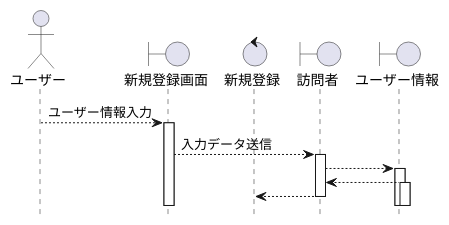
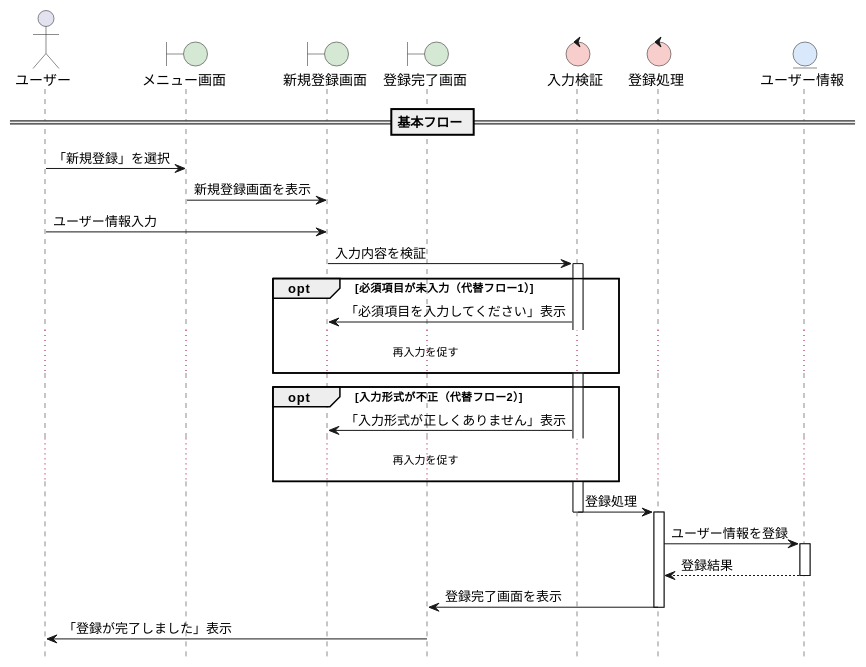
The diagram in group/07_web_visitor/sequence_01_new_registration.pu (okazaki278/ohara_uml), drawn with PlantUML before and after one commit. The commit also changed 5 other files, not shown here.

```diff
--- a/group/07_web_visitor/sequence_01_new_registration.pu
+++ b/group/07_web_visitor/sequence_01_new_registration.pu
@@ -1,30 +1,46 @@
-@startuml robustness
-
+@startuml Web訪問者システム-新規登録シーケンス図
 hide footbox
+skinparam boundaryBackgroundColor #D5E8D4
+skinparam controlBackgroundColor  #F8CECC
+skinparam entityBackgroundColor   #DAE8FC
 
 actor ユーザー as A
-' バウンダリ（UI部分）
-boundary 新規登録画面 as B1
-control 新規登録 as B2
-' コントロール（処理制御）
-boundary 訪問者 as B3
-' エンティティ（データ）
-boundary ユーザー情報 as B4
+boundary メニュー画面 as B1
+boundary 新規登録画面 as B2
+boundary 登録完了画面 as B3
+control 入力検証 as C1
+control 登録処理 as C2
+entity ユーザー情報 as E
 
-' フロー
-A --> B1 : ユーザー情報入力
-activate B1
-B1 --> B3 : 入力データ送信
-activate B3
+== 基本フロー ==
+A -> B1: 「新規登録」を選択
+B1 -> B2: 新規登録画面を表示
 
-B3 --> B4 : 
-activate B4
-B4 --> B3 : 
-activate B4
-B3 --> B2 : 
-deactivate B3
+A -> B2: ユーザー情報入力
+B2 -> C1: 入力内容を検証
+activate C1
 
+opt 必須項目が未入力（代替フロー1）
+    C1 -> B2: 「必須項目を入力してください」表示
+    ...再入力を促す...
+end
 
+opt 入力形式が不正（代替フロー2）
+    C1 -> B2: 「入力形式が正しくありません」表示
+    ...再入力を促す...
+end
 
+C1 -> C2: 登録処理
+deactivate C1
+activate C2
+
+C2 -> E: ユーザー情報を登録
+activate E
+E --> C2: 登録結果
+deactivate E
+
+C2 -> B3: 登録完了画面を表示
+deactivate C2
+B3 -> A: 「登録が完了しました」表示
 
 @enduml
```
